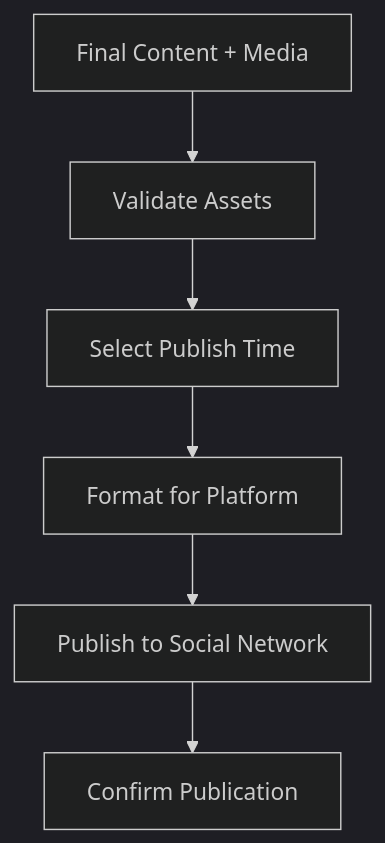
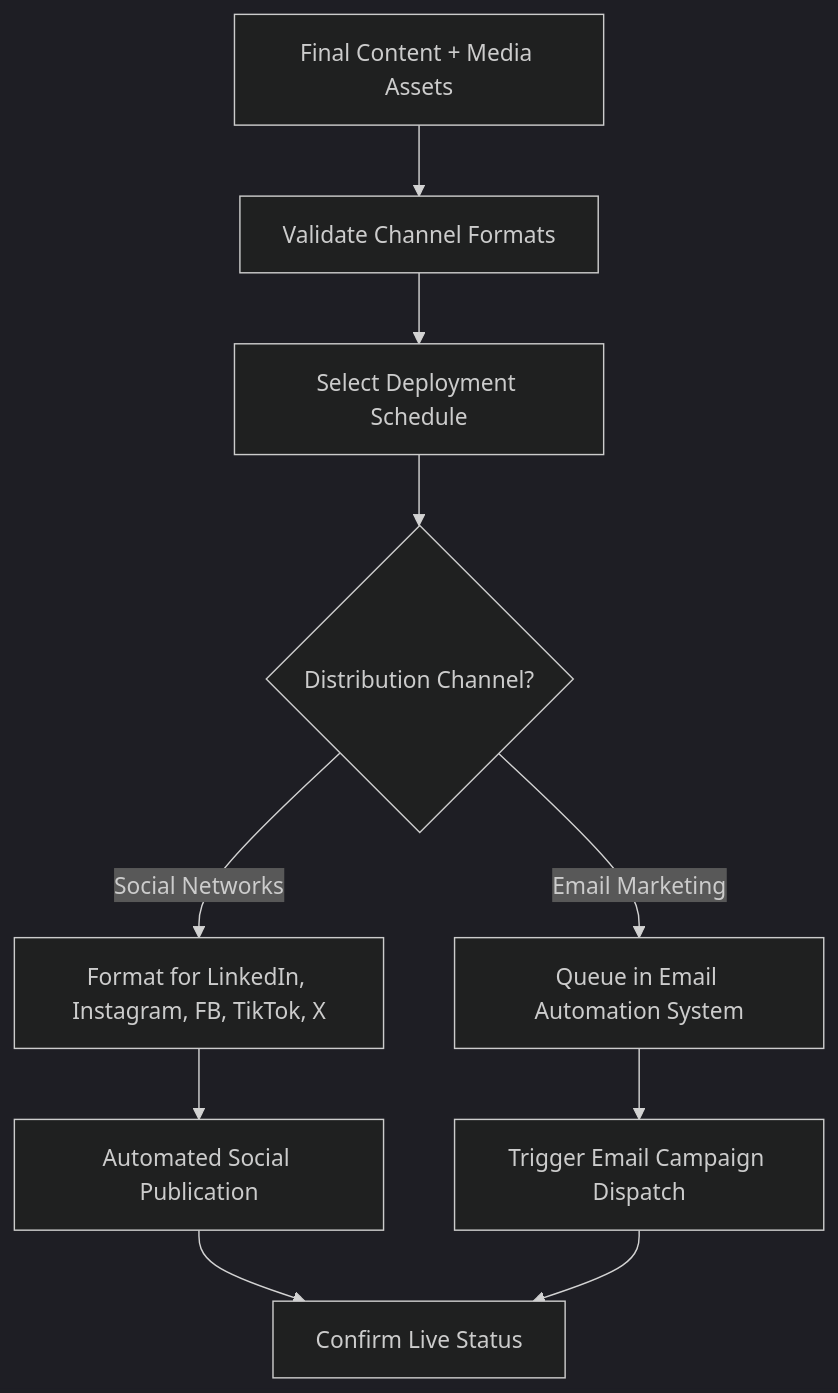
One commit to mariembel21/nova-ai-marketing-agent changed the seventh of 8 diagrams in README.md. Above: the diagram before and after it, drawn with Mermaid (dark theme). The commit also changed other lines of this file, not shown here.

Commit message:
Update README with campaign and content flow improvements

````diff
--- a/README.md
+++ b/README.md
@@ -182,8 +182,15 @@
 ```mermaid
 flowchart TD
-  A[Final Content + Media] --> B[Validate Assets]
-  B --> C[Select Publish Time]
-  C --> D[Format for Platform]
-  D --> E[Publish to Social Network]
-  E --> F[Confirm Publication]
+  A[Final Content + Media Assets] --> B[Validate Channel Formats]
+  B --> C[Select Deployment Schedule]
+  C --> D{Distribution Channel?}
+  
+  D -->|Social Networks| E[Format for LinkedIn, Instagram, FB, TikTok, X]
+  D -->|Email Marketing| F[Queue in Email Automation System]
+  
+  E --> G[Automated Social Publication]
+  F --> H[Trigger Email Campaign Dispatch]
+  
+  G --> I[Confirm Live Status]
+  H --> I
   ```
````
